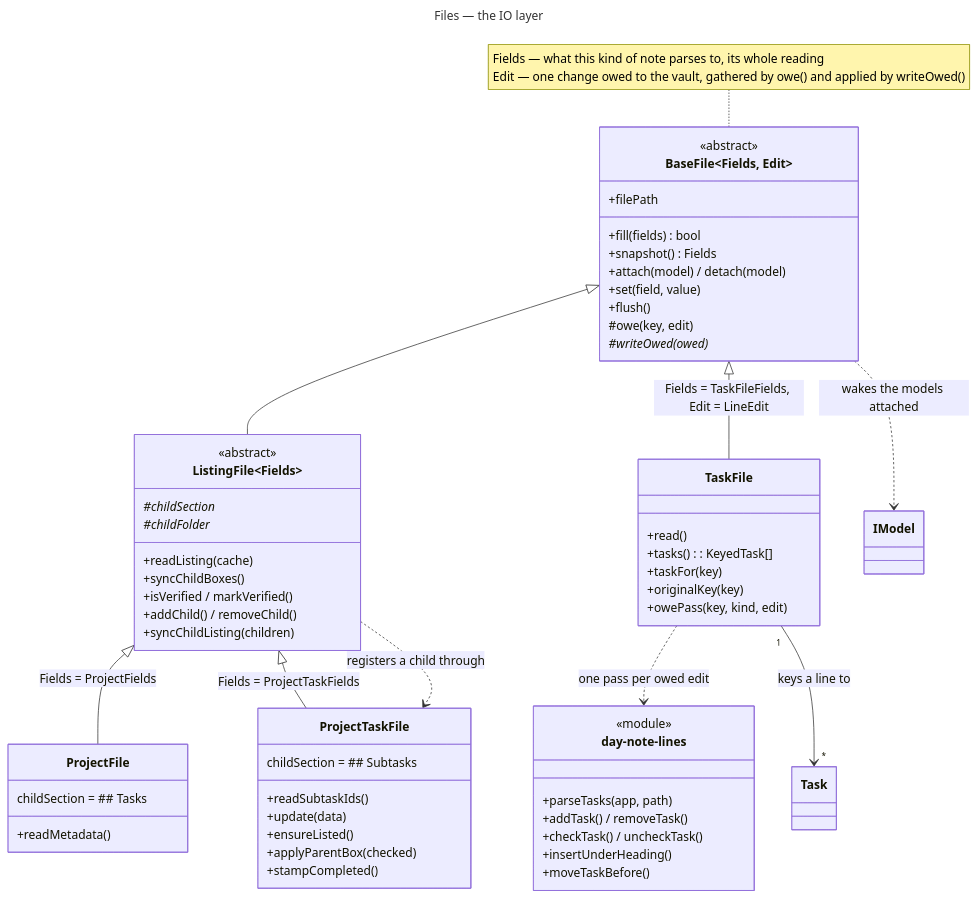
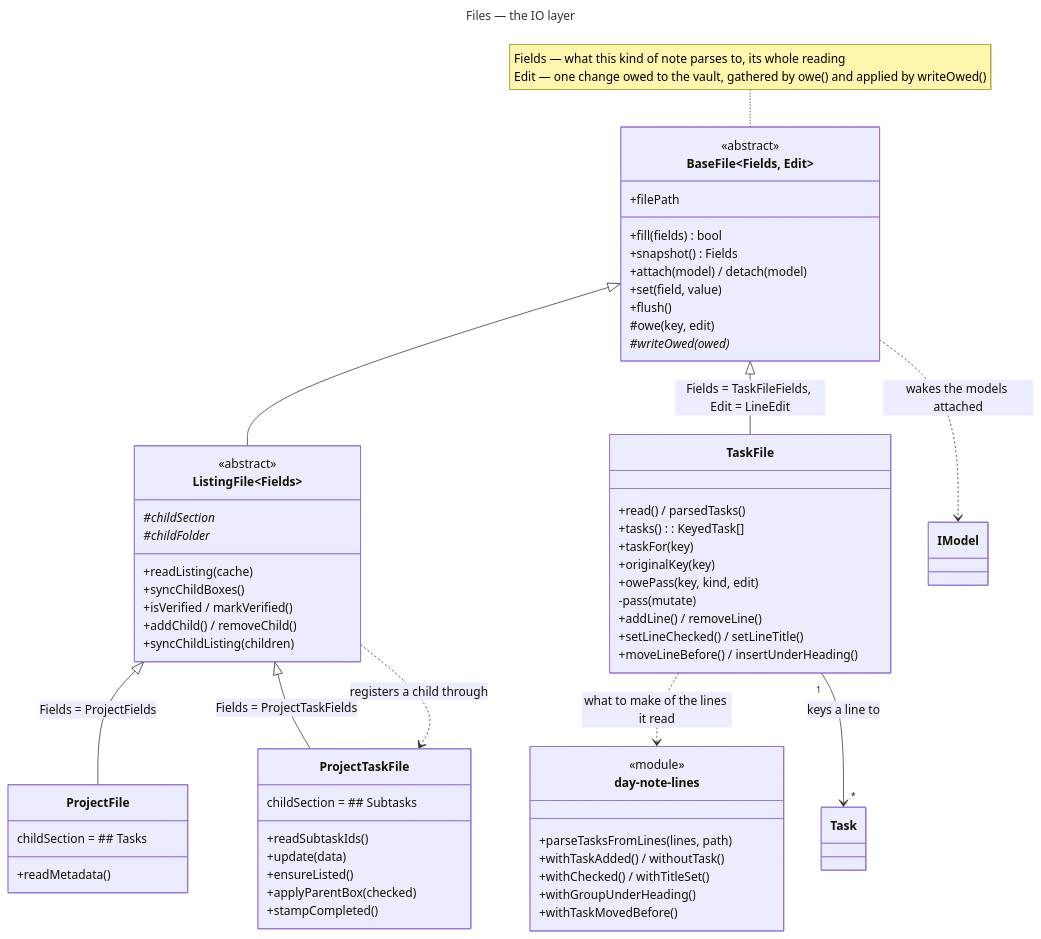
Before and after one commit to Laurent-Ferier/pm-compass: the diagram in docs/technical/diagrams/files.mmd, drawn with Mermaid. The commit also changed 24 other files, not shown here.

```diff
--- a/docs/technical/diagrams/files.mmd
+++ b/docs/technical/diagrams/files.mmd
@@ -1,71 +1,75 @@
 ---
 title: Files — the IO layer
 ---
 classDiagram
   direction TB
 
   class BaseFile~Fields, Edit~ {
     <<abstract>>
     +filePath
     +fill(fields) bool
     +snapshot() Fields
     +attach(model) / detach(model)
     +set(field, value)
     +flush()
     #owe(key, edit)
     #writeOwed(owed)*
   }
 
   class ListingFile~Fields~ {
     <<abstract>>
     +readListing(cache)
     +syncChildBoxes()
     +isVerified / markVerified()
     +addChild() / removeChild()
     +syncChildListing(children)
     #childSection*
     #childFolder*
   }
 
   class ProjectFile {
     +readMetadata()
     childSection = ## Tasks
   }
 
   class ProjectTaskFile {
     +readSubtaskIds()
     +update(data)
     +ensureListed()
     +applyParentBox(checked)
     +stampCompleted()
     childSection = ## Subtasks
   }
 
   class TaskFile {
-    +read()
+    +read() / parsedTasks()
     +tasks(): KeyedTask[]
     +taskFor(key)
     +originalKey(key)
     +owePass(key, kind, edit)
+    -pass(mutate)
+    +addLine() / removeLine()
+    +setLineChecked() / setLineTitle()
+    +moveLineBefore() / insertUnderHeading()
   }
 
   class dayNoteLines["day-note-lines"] {
     <<module>>
-    +parseTasks(app, path)
-    +addTask() / removeTask()
-    +checkTask() / uncheckTask()
-    +insertUnderHeading()
-    +moveTaskBefore()
+    +parseTasksFromLines(lines, path)
+    +withTaskAdded() / withoutTask()
+    +withChecked() / withTitleSet()
+    +withGroupUnderHeading()
+    +withTaskMovedBefore()
   }
 
   note for BaseFile "Fields — what this kind of note parses to, its whole reading<br/>Edit — one change owed to the vault, gathered by owe() and applied by writeOwed()"
 
   BaseFile <|-- ListingFile
   BaseFile <|-- TaskFile : Fields = TaskFileFields, Edit = LineEdit
   ListingFile <|-- ProjectFile : Fields = ProjectFields
   ListingFile <|-- ProjectTaskFile : Fields = ProjectTaskFields
 
   BaseFile ..> IModel : wakes the models attached
   ListingFile ..> ProjectTaskFile : registers a child through
-  TaskFile ..> dayNoteLines : one pass per owed edit
+  TaskFile ..> dayNoteLines : what to make of the lines it read
   TaskFile "1" --> "*" Task : keys a line to
```
